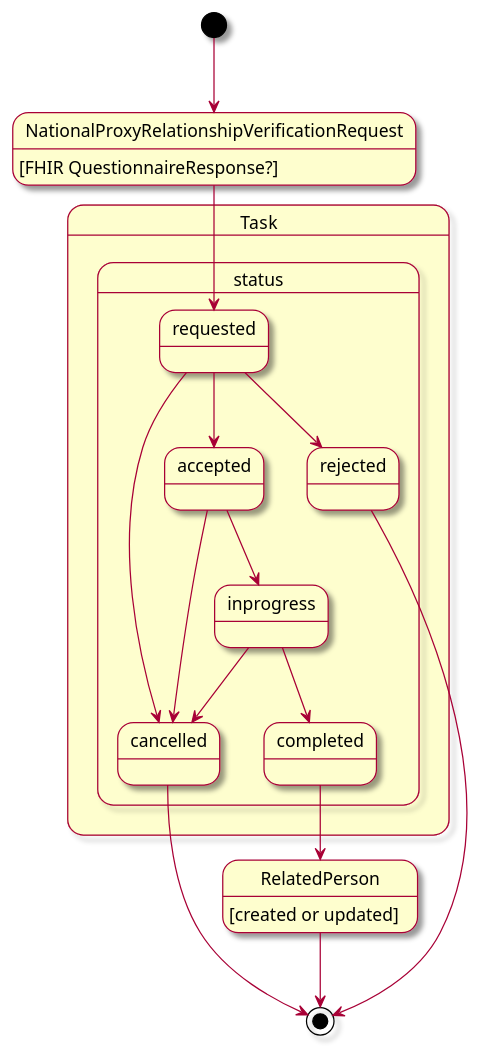
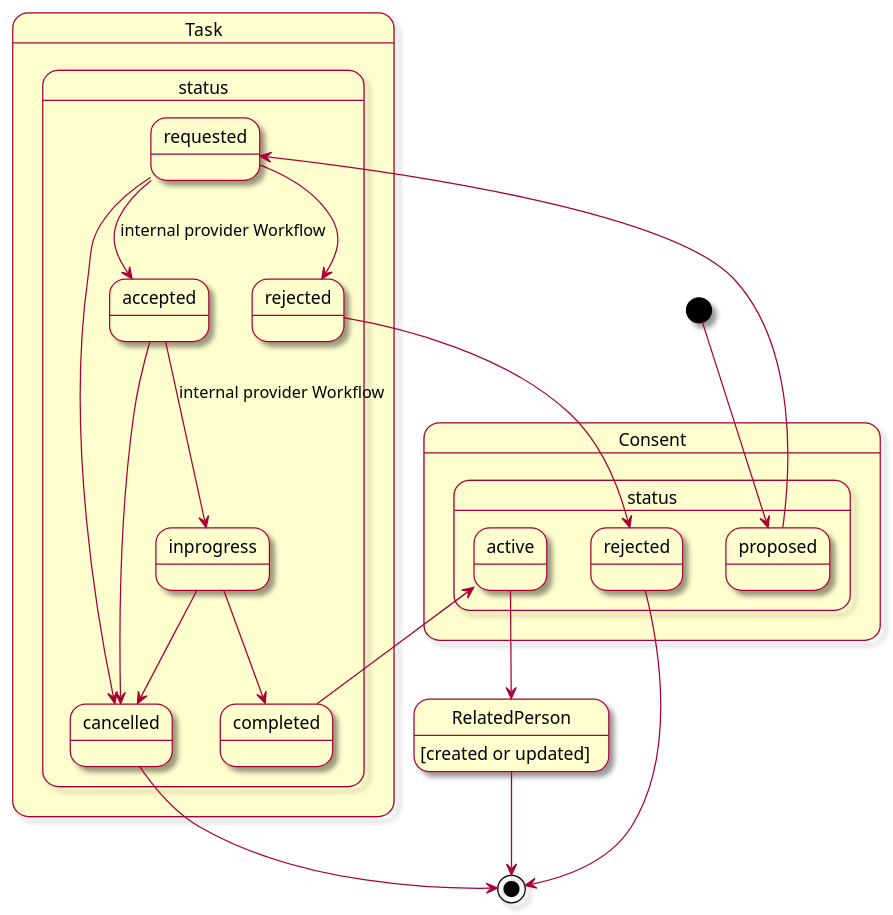
The diagram in input/images-source/national-proxy-service-state-diagram.plantuml (NHSDigital/interoperability-standards-documentation), drawn with PlantUML before and after one commit. The commit also changed 13 other files, not shown here.

Commit message:
Elab on proxy workflow and reverted some template changes

```diff
--- a/input/images-source/national-proxy-service-state-diagram.plantuml
+++ b/input/images-source/national-proxy-service-state-diagram.plantuml
@@ -1,22 +1,23 @@
 @startuml
 
 skin rose
 
-[*] --> NationalProxyRelationshipVerificationRequest
-NationalProxyRelationshipVerificationRequest --> Task.status.requested
-Task.status.requested --> Task.status.accepted
+[*] --> Consent.status.proposed
+Consent.status.proposed --> Task.status.requested
+Task.status.requested --> Task.status.accepted: internal provider Workflow
 Task.status.requested --> Task.status.rejected
-Task.status.accepted --> Task.status.inprogress
+Task.status.accepted --> Task.status.inprogress: internal provider Workflow
 Task.status.accepted --> Task.status.cancelled
 Task.status.inprogress --> Task.status.completed
 Task.status.inprogress --> Task.status.cancelled
 Task.status.requested --> Task.status.cancelled
-Task.status.completed --> RelatedPerson
-Task.status.rejected --> [*]
+Task.status.completed --> Consent.status.active
+Task.status.rejected --> Consent.status.rejected
 Task.status.cancelled --> [*]
+Consent.status.active --> RelatedPerson
+Consent.status.rejected --> [*]
 RelatedPerson --> [*]
 
 RelatedPerson : [created or updated]
-NationalProxyRelationshipVerificationRequest : [FHIR QuestionnaireResponse?]
 
 @enduml
```
